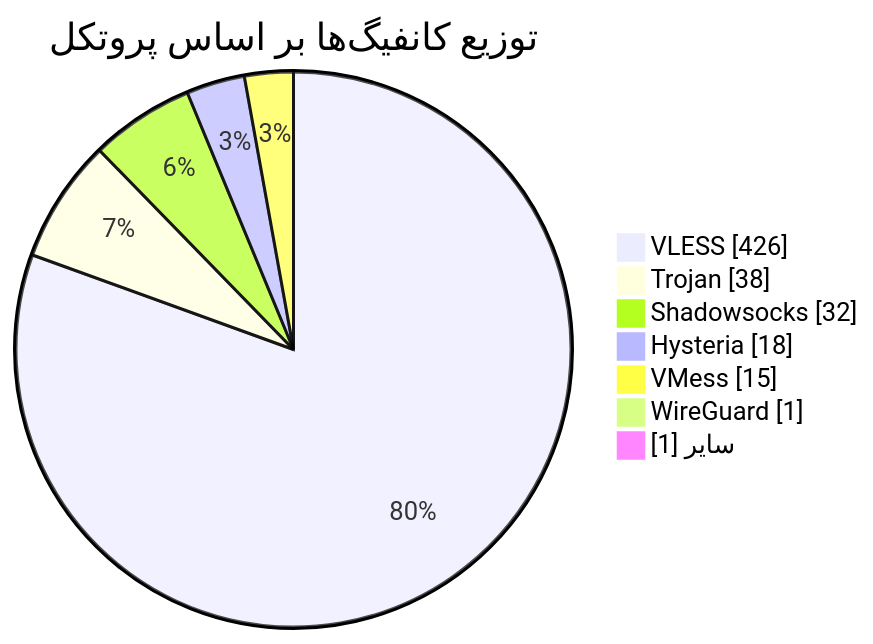
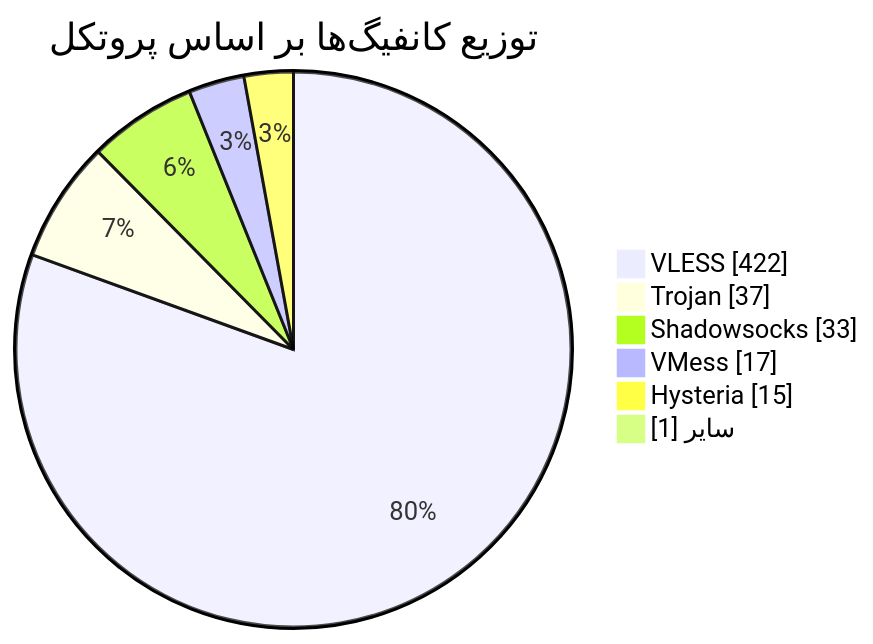
The diagram in README.md (Arian-Alijani/Somthing), drawn with Mermaid before and after one commit. The commit also changed other lines of this file and 73 other files, not shown here.

````diff
--- a/README.md
+++ b/README.md
@@ -49,11 +48,10 @@
 ```mermaid
 pie showData
     title توزیع کانفیگ‌ها بر اساس پروتکل
-    "VLESS" : 426
-    "Trojan" : 38
-    "Shadowsocks" : 32
-    "Hysteria" : 18
-    "VMess" : 15
-    "WireGuard" : 1
+    "VLESS" : 422
+    "Trojan" : 37
+    "Shadowsocks" : 33
+    "VMess" : 17
+    "Hysteria" : 15
     "سایر" : 1
 ```
````
